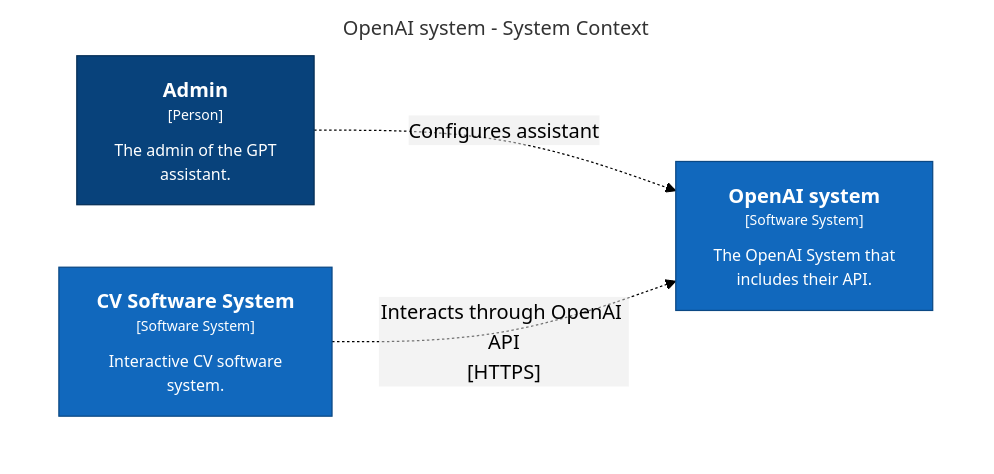
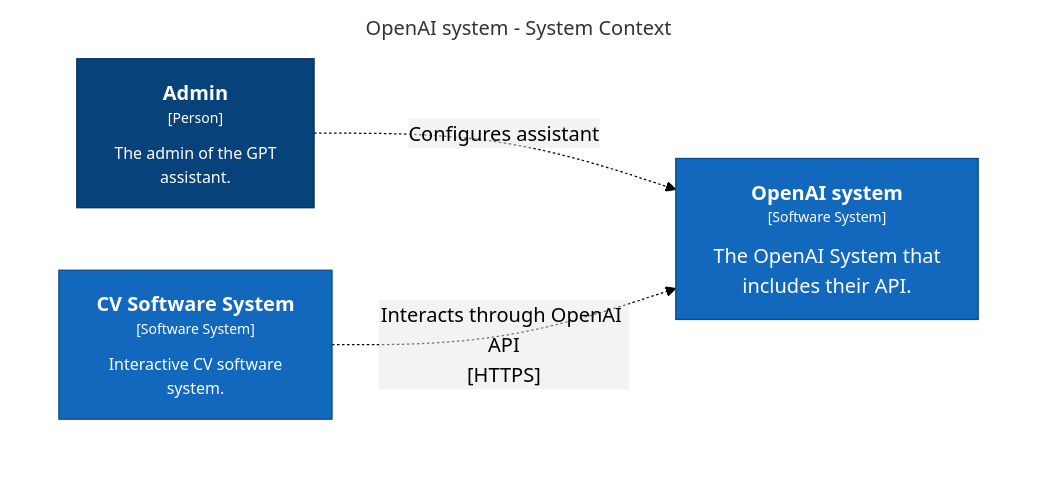
Before and after one commit to alexknips/nextjs-cv: the first of 3 diagrams in README.md, drawn with Mermaid (forest theme). The commit also changed other lines of this file, not shown here.

Commit message:
color tries

````diff
--- a/README.md
+++ b/README.md
@@ -17,18 +17,18 @@
 ```mermaid
 graph TB
   linkStyle default fill:#ffffff
 
   subgraph diagram ["OpenAI system - System Context"]
     style diagram fill:#ffffff,stroke:#ffffff
 
     1["<div style='font-weight: bold'>Admin</div><div style='font-size: 70%; margin-top: 0px'>[Person]</div><div style='font-size: 80%; margin-top:10px'>The admin of the GPT<br />assistant.</div>"]
     style 1 fill:#08427b,stroke:#052e56,color:#ffffff
-    3["<div style='font-weight: bold'>OpenAI system</div><div style='font-size: 70%; margin-top: 0px'>[Software System]</div><div style='font-size: 80%; margin-top:10px'>The OpenAI System that<br />includes their API.</div>"]
+    3["<div style='font-weight: bold'>OpenAI system</div><div style='font-size: 70%; margin-top: 0px'>[Software System]</div><div style='font-size: 100%; margin-top:10px'>The OpenAI System that<br />includes their API.</div>"]
     style 3 fill:#1168bd,stroke:#0b4884,color:#ffffff
     4["<div style='font-weight: bold'>CV Software System</div><div style='font-size: 70%; margin-top: 0px'>[Software System]</div><div style='font-size: 80%; margin-top:10px'>Interactive CV software<br />system.</div>"]
     style 4 fill:#1168bd,stroke:#0b4884,color:#ffffff
 
     1-. "<div>Configures assistant</div><div style='font-size: 70%'></div>" .->3
     4-. "<div>Interacts through OpenAI API<br />[HTTPS]</div><div style='font-size: 70%'></div>" .->3
   end
 ```
````
